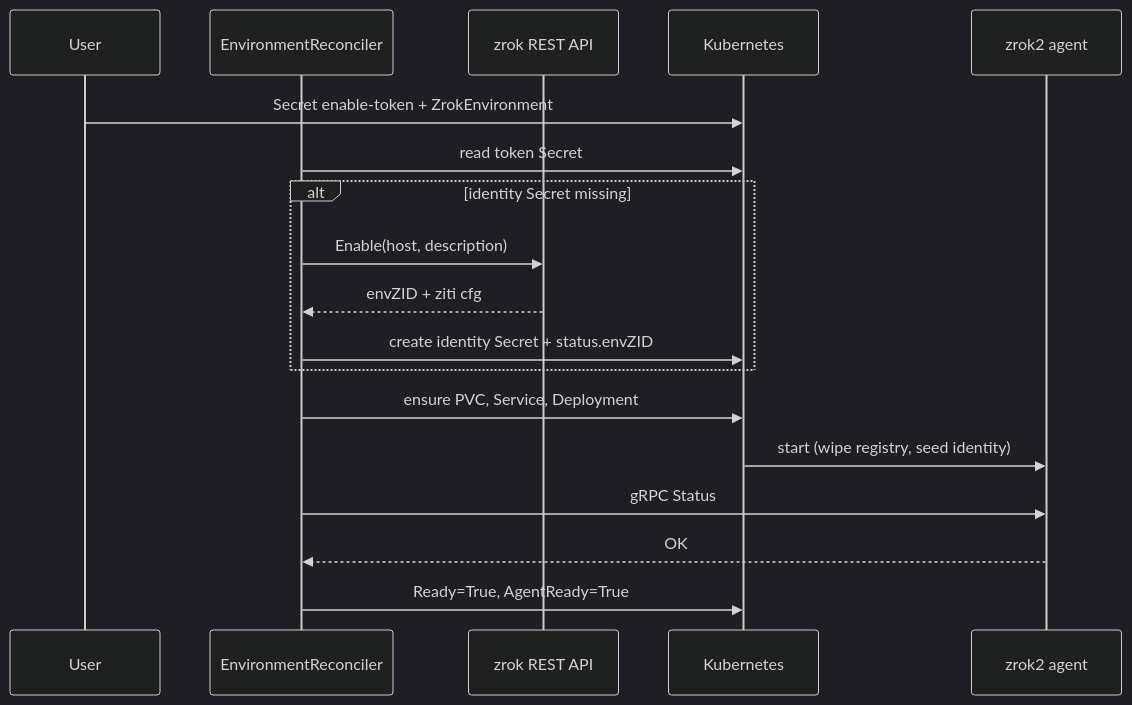
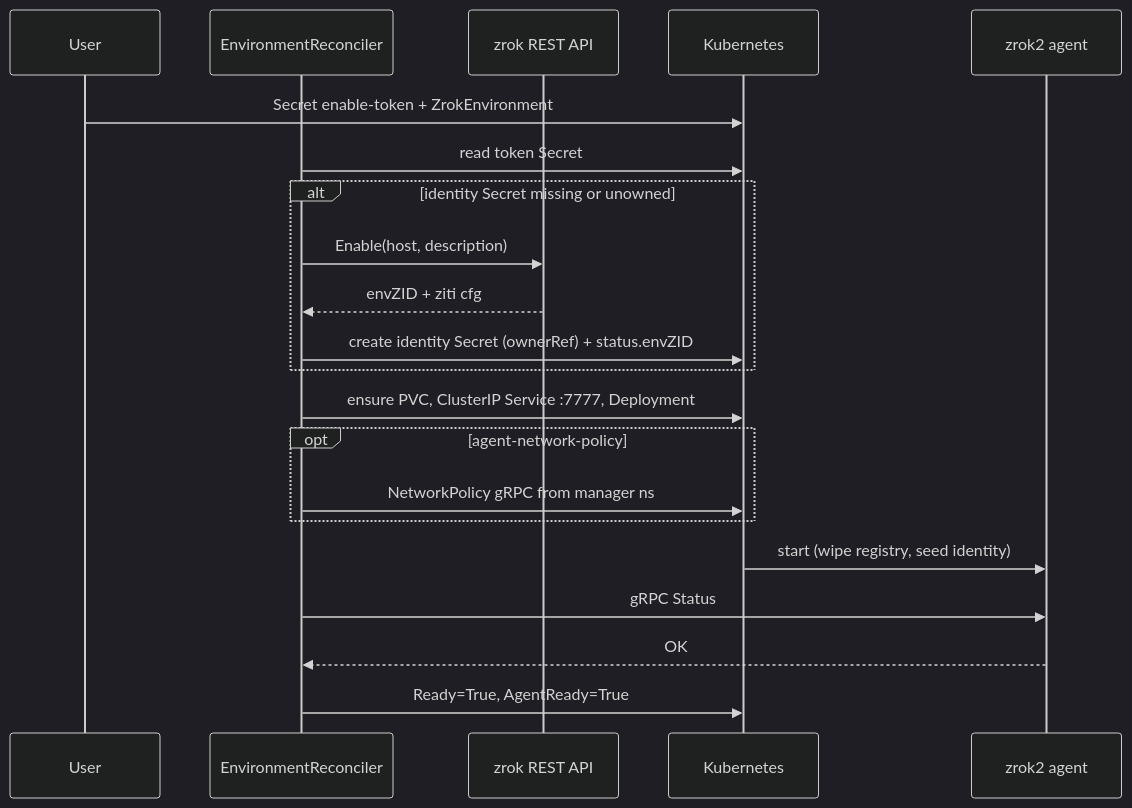
The diagram in .memory-bank/areas/environment-lifecycle.md (vulkoingim/zrok-operator), drawn with Mermaid (dark theme) before and after one commit. The commit also changed other lines of this file and 39 other files, not shown here.

````diff
--- a/.memory-bank/areas/environment-lifecycle.md
+++ b/.memory-bank/areas/environment-lifecycle.md
@@ -11,21 +11,24 @@
 ```mermaid
 sequenceDiagram
   participant U as User
   participant R as EnvironmentReconciler
   participant API as zrok REST API
   participant K as Kubernetes
   participant A as zrok2 agent
 
   U->>K: Secret enable-token + ZrokEnvironment
   R->>K: read token Secret
-  alt identity Secret missing
+  alt identity Secret missing or unowned
     R->>API: Enable(host, description)
     API-->>R: envZID + ziti cfg
-    R->>K: create identity Secret + status.envZID
+    R->>K: create identity Secret (ownerRef) + status.envZID
   end
-  R->>K: ensure PVC, Service, Deployment
+  R->>K: ensure PVC, ClusterIP Service :7777, Deployment
+  opt agent-network-policy
+    R->>K: NetworkPolicy gRPC from manager ns
+  end
   K->>A: start (wipe registry, seed identity)
   R->>A: gRPC Status
   A-->>R: OK
   R->>K: Ready=True, AgentReady=True
 ```
````
